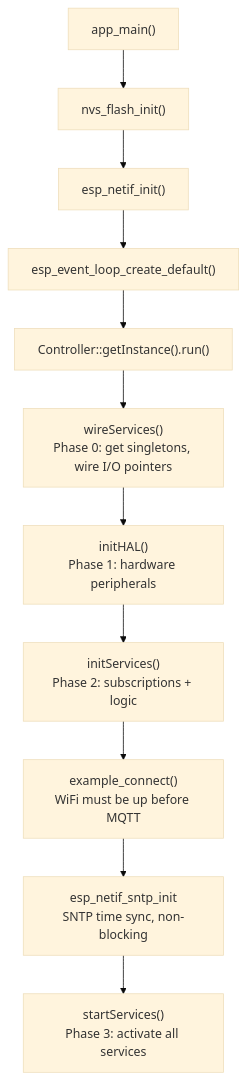
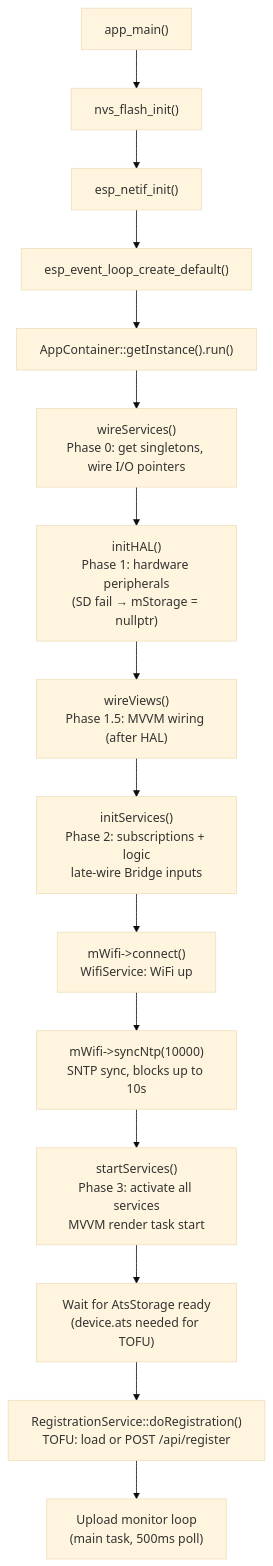
The third of 14 diagrams in README.md (jrjohn/arcana-embedded-esp32), drawn with Mermaid (base theme) before and after one commit. The commit also changed other lines of this file and 1 other file, not shown here.

First line of the commit message:
docs: update README for 5-phase AppContainer + MVVM + Storage expansion

````diff
--- a/README.md
+++ b/README.md
@@ -300,13 +329,17 @@
 ```mermaid
 flowchart TD
     A["app_main()"] --> B["nvs_flash_init()"]
     B --> C["esp_netif_init()"]
     C --> D["esp_event_loop_create_default()"]
-    D --> E["Controller::getInstance().run()"]
+    D --> E["AppContainer::getInstance().run()"]
     E --> F["wireServices()<br/>Phase 0: get singletons, wire I/O pointers"]
-    F --> G["initHAL()<br/>Phase 1: hardware peripherals"]
-    G --> H["initServices()<br/>Phase 2: subscriptions + logic"]
-    H --> I["example_connect()<br/>WiFi must be up before MQTT"]
-    I --> J["esp_netif_sntp_init<br/>SNTP time sync, non-blocking"]
-    J --> K["startServices()<br/>Phase 3: activate all services"]
+    F --> G["initHAL()<br/>Phase 1: hardware peripherals<br/>(SD fail → mStorage = nullptr)"]
+    G --> H["wireViews()<br/>Phase 1.5: MVVM wiring (after HAL)"]
+    H --> I["initServices()<br/>Phase 2: subscriptions + logic<br/>late-wire Bridge inputs"]
+    I --> J["mWifi->connect()<br/>WifiService: WiFi up"]
+    J --> K["mWifi->syncNtp(10000)<br/>SNTP sync, blocks up to 10s"]
+    K --> L["startServices()<br/>Phase 3: activate all services<br/>MVVM render task start"]
+    L --> M["Wait for AtsStorage ready<br/>(device.ats needed for TOFU)"]
+    M --> N["RegistrationService::doRegistration()<br/>TOFU: load or POST /api/register"]
+    N --> O["Upload monitor loop<br/>(main task, 500ms poll)"]
 ```
````
